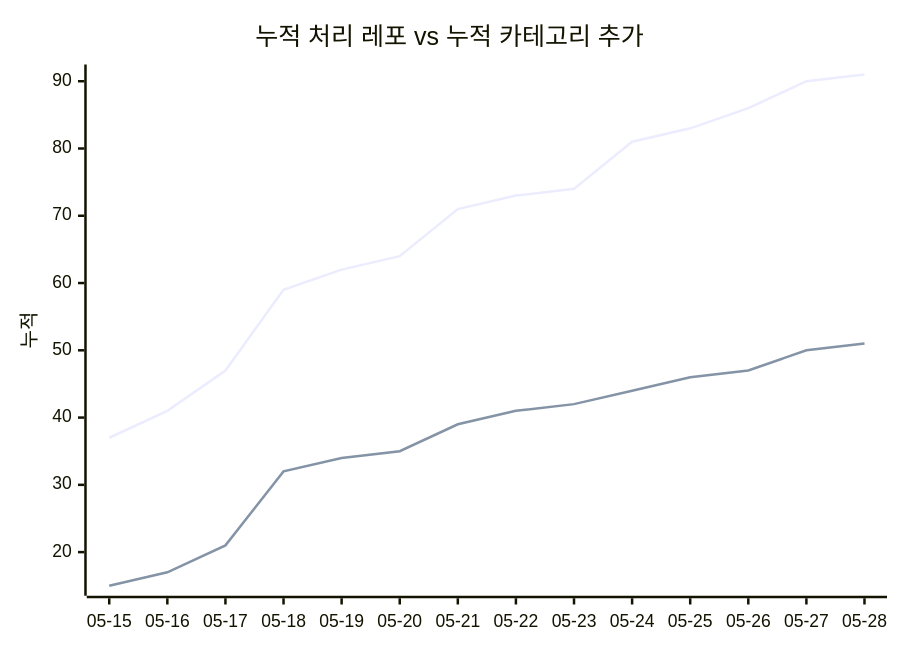
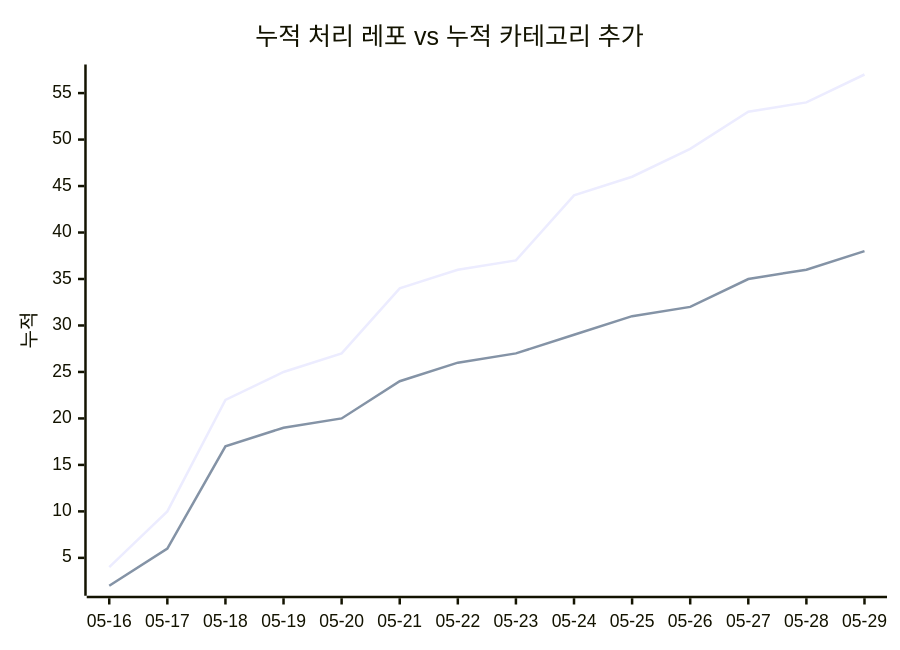
Before and after one commit to J-nowcow/awesome-korean-agent-skills: the second of 2 diagrams in docs/trends.md, drawn with Mermaid. The commit also changed other lines of this file and 5 other files, not shown here.

````diff
--- a/docs/trends.md
+++ b/docs/trends.md
@@ -68,8 +68,8 @@
 ```mermaid
 xychart-beta
     title "누적 처리 레포 vs 누적 카테고리 추가"
-    x-axis ["05-15","05-16","05-17","05-18","05-19","05-20","05-21","05-22","05-23","05-24","05-25","05-26","05-27","05-28"]
+    x-axis ["05-16","05-17","05-18","05-19","05-20","05-21","05-22","05-23","05-24","05-25","05-26","05-27","05-28","05-29"]
     y-axis "누적"
-    line [37,41,47,59,62,64,71,73,74,81,83,86,90,91]
-    line [15,17,21,32,34,35,39,41,42,44,46,47,50,51]
+    line [4,10,22,25,27,34,36,37,44,46,49,53,54,57]
+    line [2,6,17,19,20,24,26,27,29,31,32,35,36,38]
 ```
````
